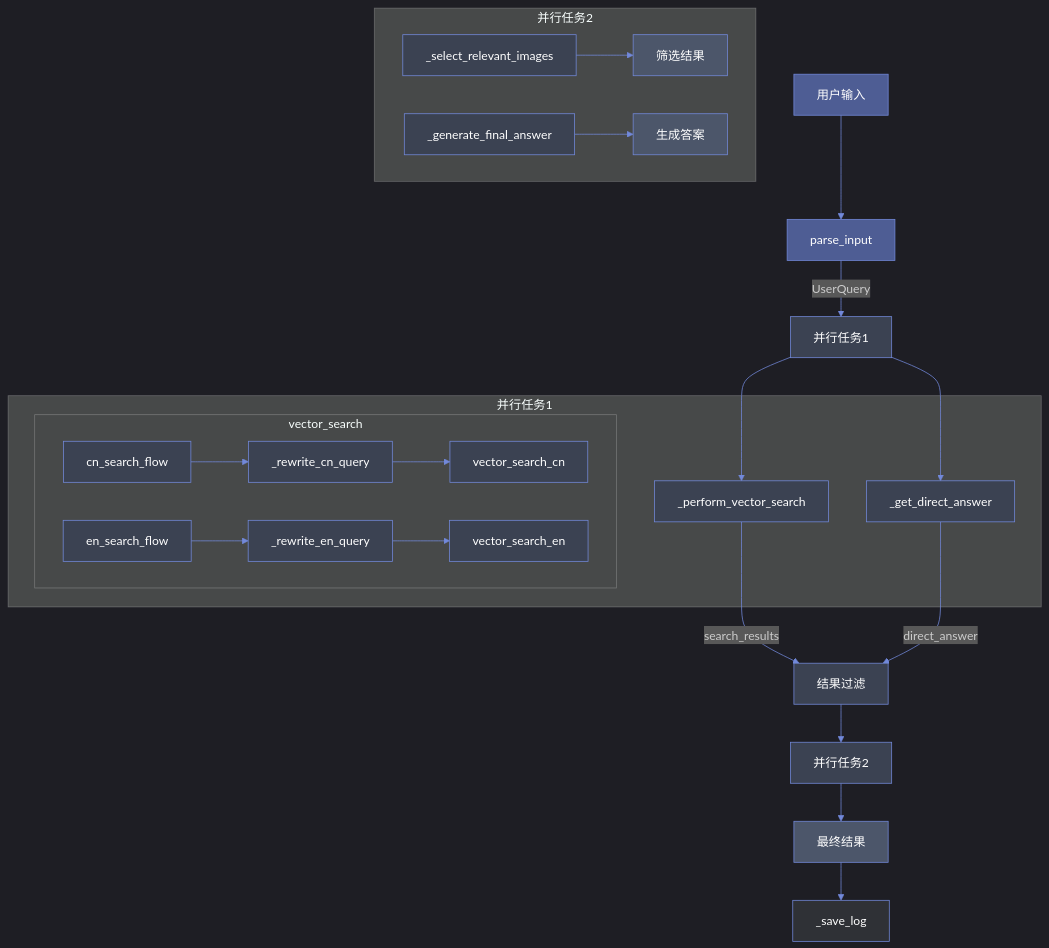
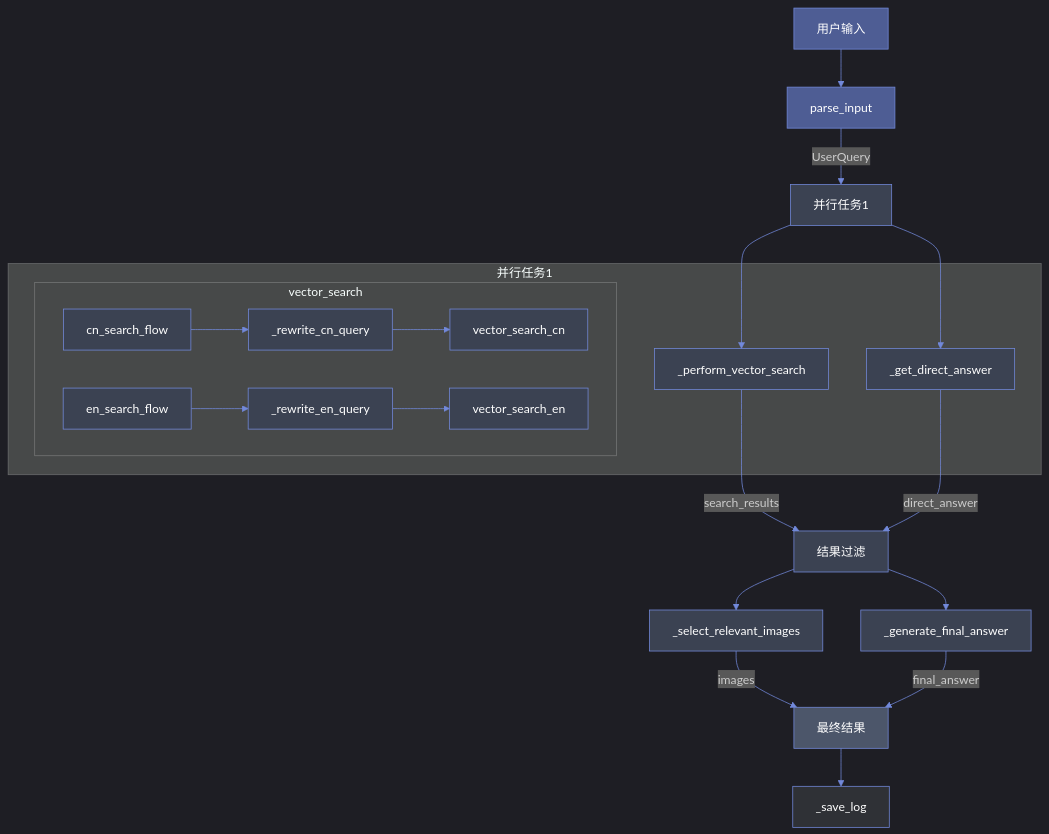
The diagram in README.md (liushangjian/rag_edu_v3), drawn with Mermaid before and after one commit.

````diff
--- a/README.md
+++ b/README.md
@@ -157,57 +157,52 @@
 ```mermaid
 %%{init: {
   'theme': 'dark',
   'themeVariables': {
     'primaryColor': '#2f3136',
     'primaryTextColor': '#fff',
     'primaryBorderColor': '#7289da',
     'lineColor': '#7289da',
     'secondaryColor': '#2f3136',
     'tertiaryColor': '#2f3136'
   }
 }}%%
 graph TD
     %% 设置节点样式
     classDef default fill:#2f3136,stroke:#7289da,color:#fff
     classDef input fill:#4e5d94,stroke:#7289da,color:#fff
     classDef process fill:#3b4252,stroke:#7289da,color:#fff
     classDef output fill:#4c566a,stroke:#7289da,color:#fff
 
     A[用户输入] --> B[parse_input]
     B --> |UserQuery| C[并行任务1]
     
     subgraph 并行任务1
         D[_perform_vector_search]
         E[_get_direct_answer]
         
         subgraph vector_search
             F[cn_search_flow] --> G[_rewrite_cn_query] --> H[vector_search_cn]
             I[en_search_flow] --> J[_rewrite_en_query] --> K[vector_search_en]
         end
     end
     
     C --> D
     C --> E
     
     D --> |search_results| L[结果过滤]
     E --> |direct_answer| L
     
-    L --> M[并行任务2]
+    L --> N[_select_relevant_images]
+    L --> O[_generate_final_answer]
     
-    subgraph 并行任务2
-        N[_select_relevant_images]
-        O[_generate_final_answer]
-        
-        N --> P[筛选结果]
-        O --> Q[生成答案]
-    end
+    N --> |images| R[最终结果]
+    O --> |final_answer| R
     
-    M --> R[最终结果]
     R --> S[_save_log]
 
     %% 应用样式
     class A,B input
-    class C,D,E,F,G,H,I,J,K,L,M,N,O process
-    class P,Q,R output
+    class C,D,E,F,G,H,I,J,K,L,N,O process
+    class R output
     class S default
 ```
````
